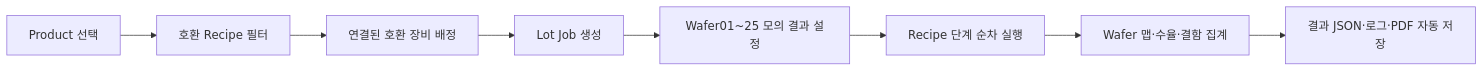
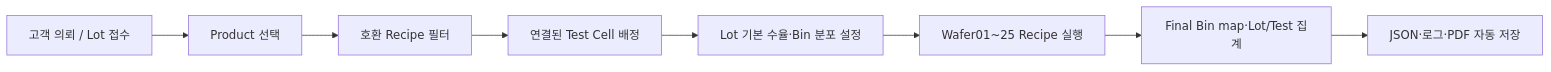
Before and after one commit to youn9k/EDS-Wafer-Sort-Simulator: the first of 2 diagrams in README.md, drawn with Mermaid. The commit also changed other lines of this file and 8 other files, not shown here.

````diff
--- a/README.md
+++ b/README.md
@@ -18,10 +9,10 @@
 ```mermaid
 flowchart LR
-    A["Product 선택"] --> B["호환 Recipe 필터"]
-    B --> C["연결된 호환 장비 배정"]
-    C --> D["Lot Job 생성"]
-    D --> E["Wafer01~25 모의 결과 설정"]
-    E --> F["Recipe 단계 순차 실행"]
-    F --> G["Wafer 맵·수율·결함 집계"]
-    G --> H["결과 JSON·로그·PDF 자동 저장"]
+    A["고객 의뢰 / Lot 접수"] --> B["Product 선택"]
+    B --> C["호환 Recipe 필터"]
+    C --> D["연결된 Test Cell 배정"]
+    D --> E["Lot 기본 수율·Bin 분포 설정"]
+    E --> F["Wafer01~25 Recipe 실행"]
+    F --> G["Final Bin map·Lot/Test 집계"]
+    G --> H["JSON·로그·PDF 자동 저장"]
 ```
````
